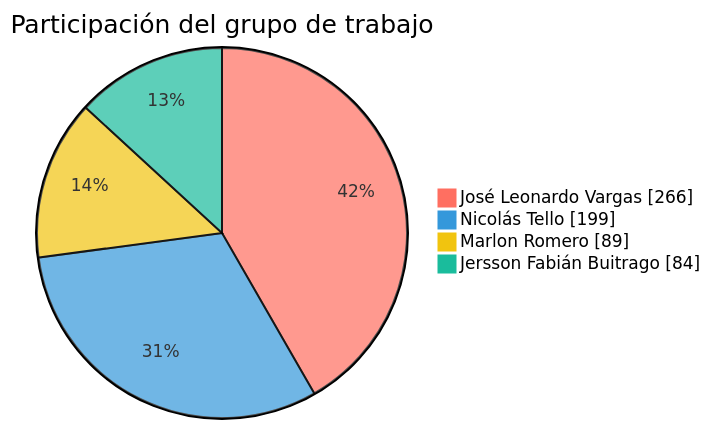
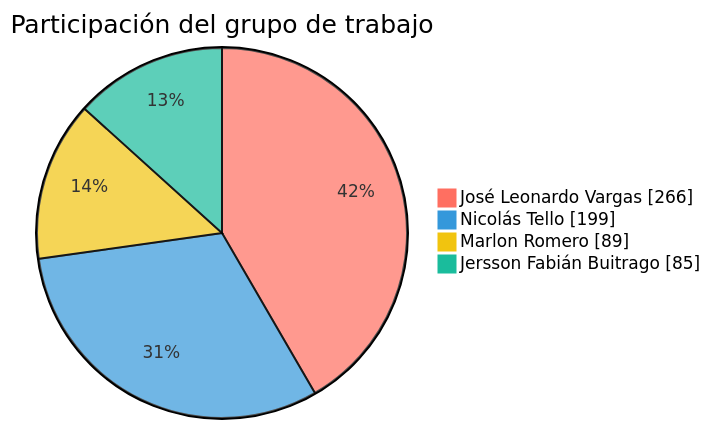
Before and after one commit to FarmaExpres/FarmaExpres: the first of 2 diagrams in README.md, drawn with Mermaid. The commit also changed other lines of this file and 1 other file, not shown here.

````diff
--- a/README.md
+++ b/README.md
@@ -389,9 +389,9 @@
 ```mermaid
 %%{init: {"themeVariables": {"pie1": "#ff6f61", "pie2": "#3498db", "pie3": "#f1c40f", "pie4": "#1abc9c", "pieLabelColor": "#000000", "pieLabelFontSize": "24px", "pieLabelFontWeight": "700"}}}%%
 pie showData
     title Participación del grupo de trabajo
     "José Leonardo Vargas" : 266
     "Nicolás Tello" : 199
     "Marlon Romero" : 89
-    "Jersson Fabián Buitrago" : 84
+    "Jersson Fabián Buitrago" : 85
 ```
````
